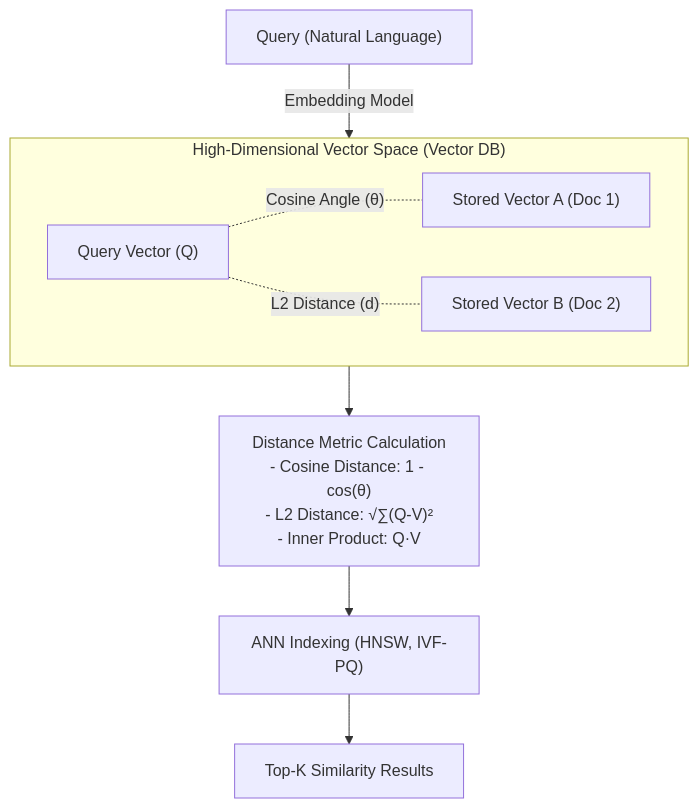
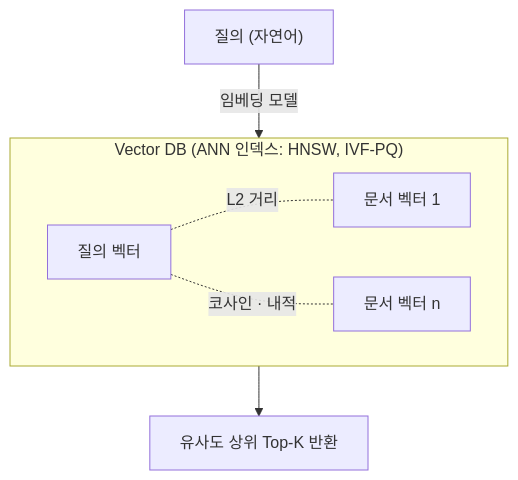
One commit to supremethumb/supremethumb.github.io changed the diagram in content/01_IT Tech/거리 공식.md. Above: the diagram before and after it, drawn with Mermaid. The commit also changed other lines of this file and 1087 other files, not shown here.

````diff
--- a/content/01_IT Tech/거리 공식.md
+++ b/content/01_IT Tech/거리 공식.md
@@ -16,12 +39,10 @@
 ```mermaid
 flowchart TB
-    Q["Query (Natural Language)"] -->|Embedding Model| QV["Query Vector (Q)"]
-    subgraph Vector_Space["High-Dimensional Vector Space (Vector DB)"]
+    Q["질의 (자연어)"] -->|"임베딩 모델"| QV["질의 벡터"]
+    subgraph VDB["Vector DB (ANN 인덱스: HNSW, IVF-PQ)"]
         direction LR
-        QV -. "Cosine Angle (θ)" .- SV1["Stored Vector A (Doc 1)"]
-        QV -. "L2 Distance (d)" .- SV2["Stored Vector B (Doc 2)"]
+        QV -. "L2 거리" .- D1["문서 벡터 1"]
+        QV -. "코사인 · 내적" .- D2["문서 벡터 n"]
     end
-    Vector_Space --> Metric["Distance Metric Calculation<br/>- Cosine Distance: 1 - cos(θ)<br/>- L2 Distance: √∑(Q-V)²<br/>- Inner Product: Q·V"]
-    Metric --> HNSW["ANN Indexing (HNSW, IVF-PQ)"]
-    HNSW --> TopK["Top-K Similarity Results"]
+    VDB --> TopK["유사도 상위 Top-K 반환"]
 ```
````
